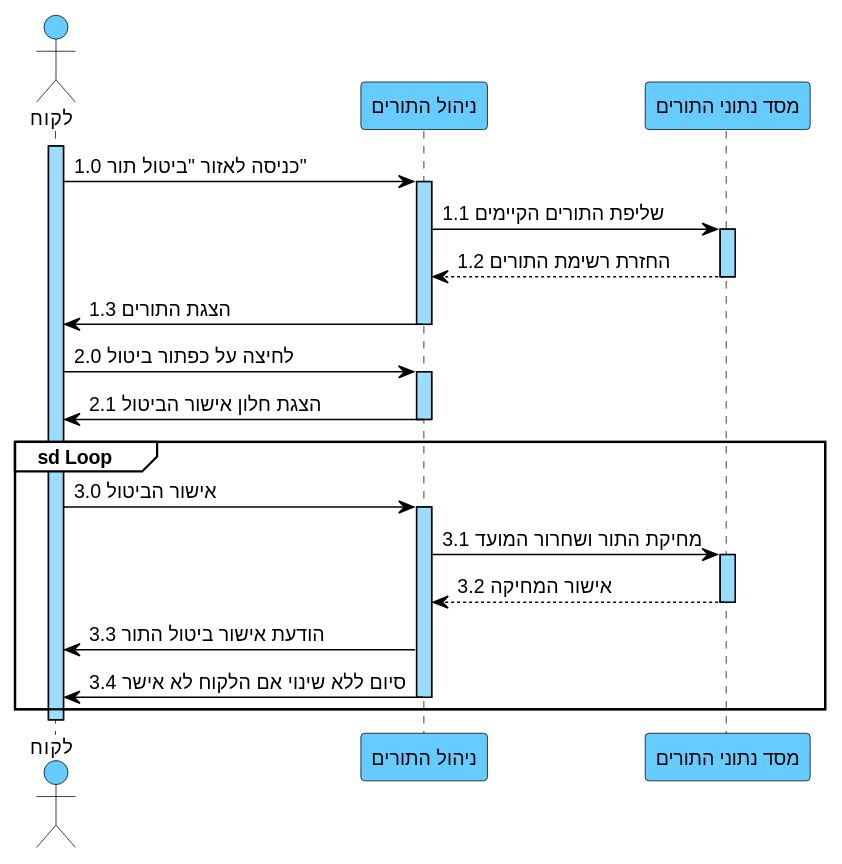
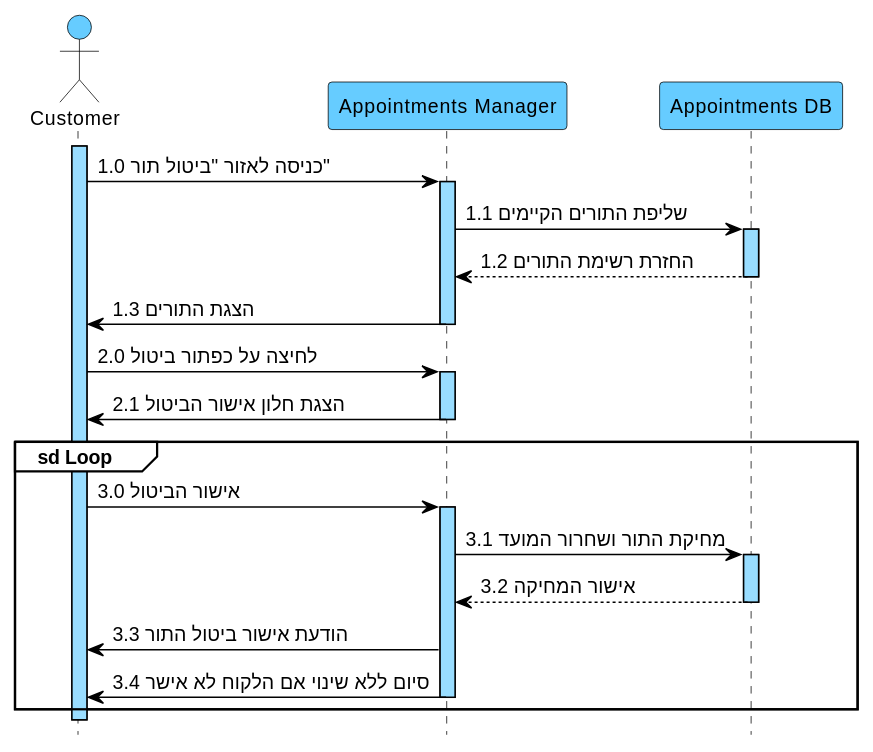
One commit to arielkaplan20/GOLDEN_HAIR_SALOAN changed the diagram in docs/diagrams/puml/06-seq-suc06-ביטול-תור.puml. Above: the diagram before and after it, drawn with PlantUML. The commit also changed 26 other files, not shown here.

```diff
--- a/docs/diagrams/puml/06-seq-suc06-ביטול-תור.puml
+++ b/docs/diagrams/puml/06-seq-suc06-ביטול-תור.puml
@@ -1,52 +1,53 @@
 @startuml
+hide footbox
 skinparam backgroundColor white
 skinparam defaultFontName Arial
 skinparam defaultFontSize 13
 skinparam sequence {
 ArrowColor black
 ArrowFontColor black
 ActorBorderColor black
 ActorBackgroundColor #66CCFF
 LifeLineBorderColor black
 LifeLineBackgroundColor #99DDFF
 ParticipantBorderColor black
 ParticipantBackgroundColor #66CCFF
 ParticipantFontColor black
 ParticipantFontSize 13
 GroupBorderColor black
 GroupBackgroundColor white
 GroupHeaderFontColor black
 }
 
-actor "לקוח" as C
-participant "ניהול התורים" as AM
-participant "מסד נתוני התורים" as DB
+actor "Customer" as C
+participant "Appointments Manager" as AM
+participant "Appointments DB" as DB
 
 activate C
 C -> AM : 1.0 כניסה לאזור "ביטול תור"
 activate AM
 AM -> DB : 1.1 שליפת התורים הקיימים
 activate DB
 DB --> AM : 1.2 החזרת רשימת התורים
 deactivate DB
 AM -> C : 1.3 הצגת התורים
 deactivate AM
 
 C -> AM : 2.0 לחיצה על כפתור ביטול
 activate AM
 AM -> C : 2.1 הצגת חלון אישור הביטול
 deactivate AM
 
 group sd Loop
 C -> AM : 3.0 אישור הביטול
 activate AM
 AM -> DB : 3.1 מחיקת התור ושחרור המועד
 activate DB
 DB --> AM : 3.2 אישור המחיקה
 deactivate DB
 AM -> C : 3.3 הודעת אישור ביטול התור
 AM -> C : 3.4 סיום ללא שינוי אם הלקוח לא אישר
 deactivate AM
 end
 deactivate C
 @enduml
```
